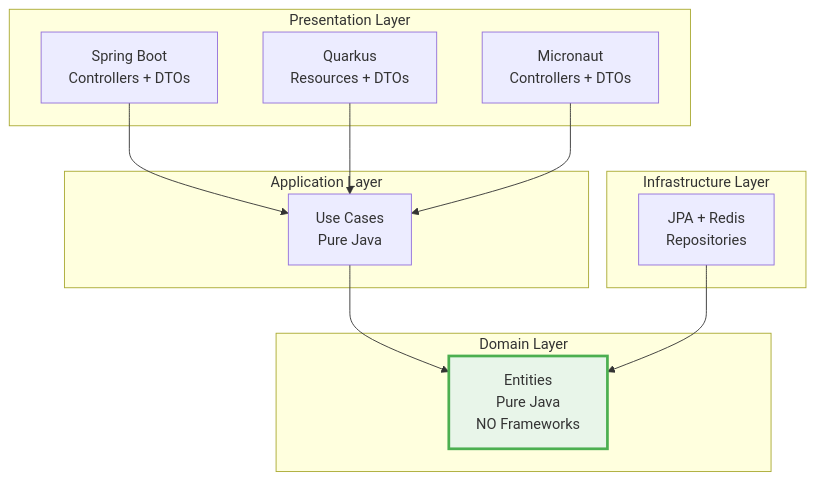
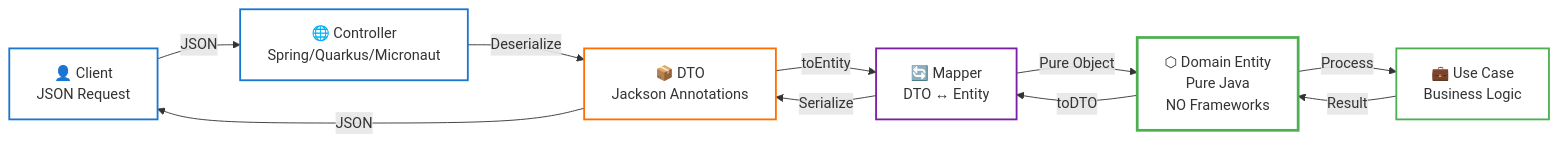
The second of 2 diagrams in docs/EXECUTIVE_SUMMARY.md (leandro-yamaniha/java-hexagonal), drawn with Mermaid before and after one commit. The commit also changed other lines of this file, not shown here.

Commit message:
docs: enhance architecture diagrams and project structure documentation

````diff
--- a/docs/EXECUTIVE_SUMMARY.md
+++ b/docs/EXECUTIVE_SUMMARY.md
@@ -24,28 +77,26 @@
 ```mermaid
-graph TB
-    subgraph "Presentation Layer"
-        A[Spring Boot<br/>Controllers + DTOs]
-        B[Quarkus<br/>Resources + DTOs]
-        F[Micronaut<br/>Controllers + DTOs]
-    end
+flowchart LR
+    Client[👤 Client<br/>JSON Request]
+    Controller[🌐 Controller<br/>Spring/Quarkus/Micronaut]
+    DTO[📦 DTO<br/>Jackson Annotations]
+    Mapper[🔄 Mapper<br/>DTO ↔ Entity]
+    Entity[⬡ Domain Entity<br/>Pure Java<br/>NO Frameworks]
+    UseCase[💼 Use Case<br/>Business Logic]
     
-    subgraph "Application Layer"
-        C[Use Cases<br/>Pure Java]
-    end
+    Client -->|JSON| Controller
+    Controller -->|Deserialize| DTO
+    DTO -->|toEntity| Mapper
+    Mapper -->|Pure Object| Entity
+    Entity -->|Process| UseCase
+    UseCase -->|Result| Entity
+    Entity -->|toDTO| Mapper
+    Mapper -->|Serialize| DTO
+    DTO -->|JSON| Client
     
-    subgraph "Domain Layer"
-        D[Entities<br/>Pure Java<br/>NO Frameworks]
-    end
-    
-    subgraph "Infrastructure Layer"
-        E[JPA + Redis<br/>Repositories]
-    end
-    
-    A --> C
-    B --> C
-    F --> C
-    C --> D
-    E --> D
-    
-    style D fill:#e8f5e9,stroke:#4caf50,stroke-width:3px
+    style Client fill:none,stroke:#1976D2,stroke-width:2px
+    style Controller fill:none,stroke:#1976D2,stroke-width:2px
+    style DTO fill:none,stroke:#FF6F00,stroke-width:2px
+    style Mapper fill:none,stroke:#7B1FA2,stroke-width:2px
+    style Entity fill:none,stroke:#4caf50,stroke-width:3px
+    style UseCase fill:none,stroke:#4caf50,stroke-width:2px
 ```
````
